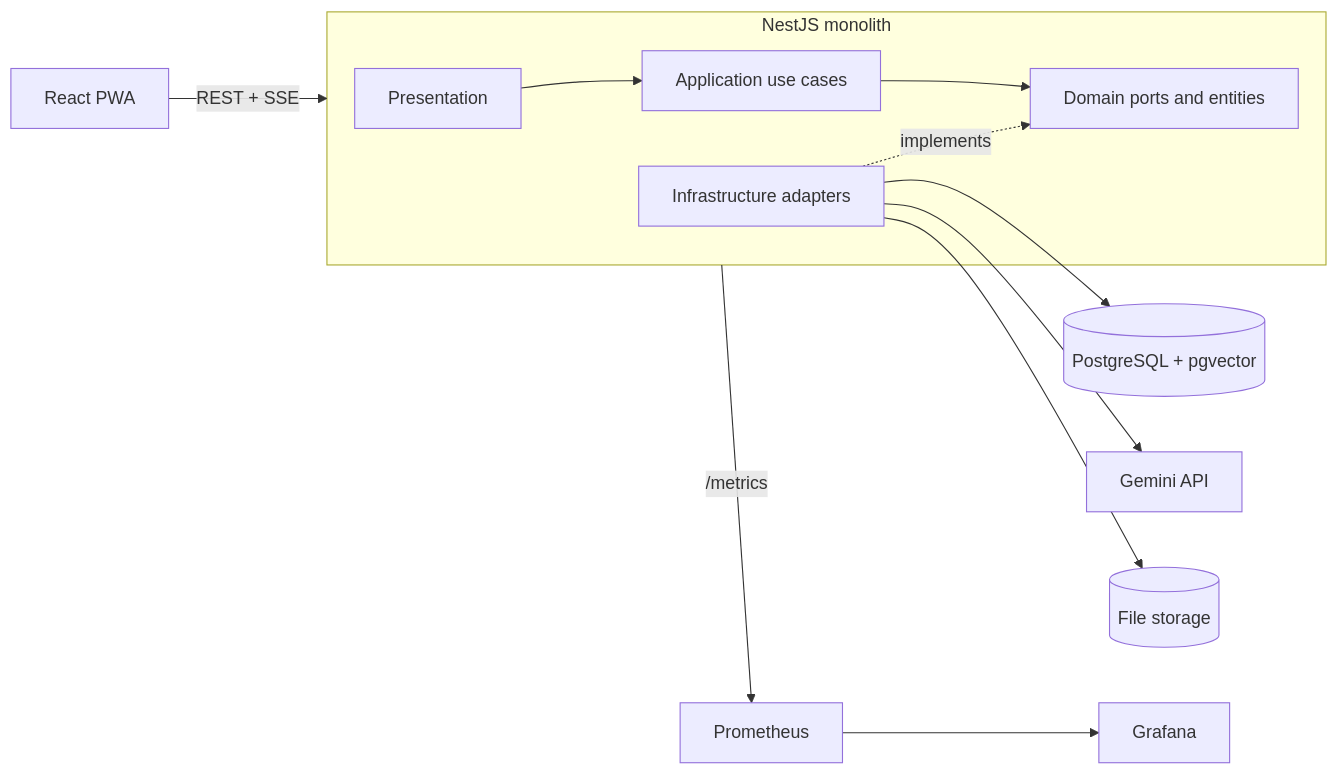
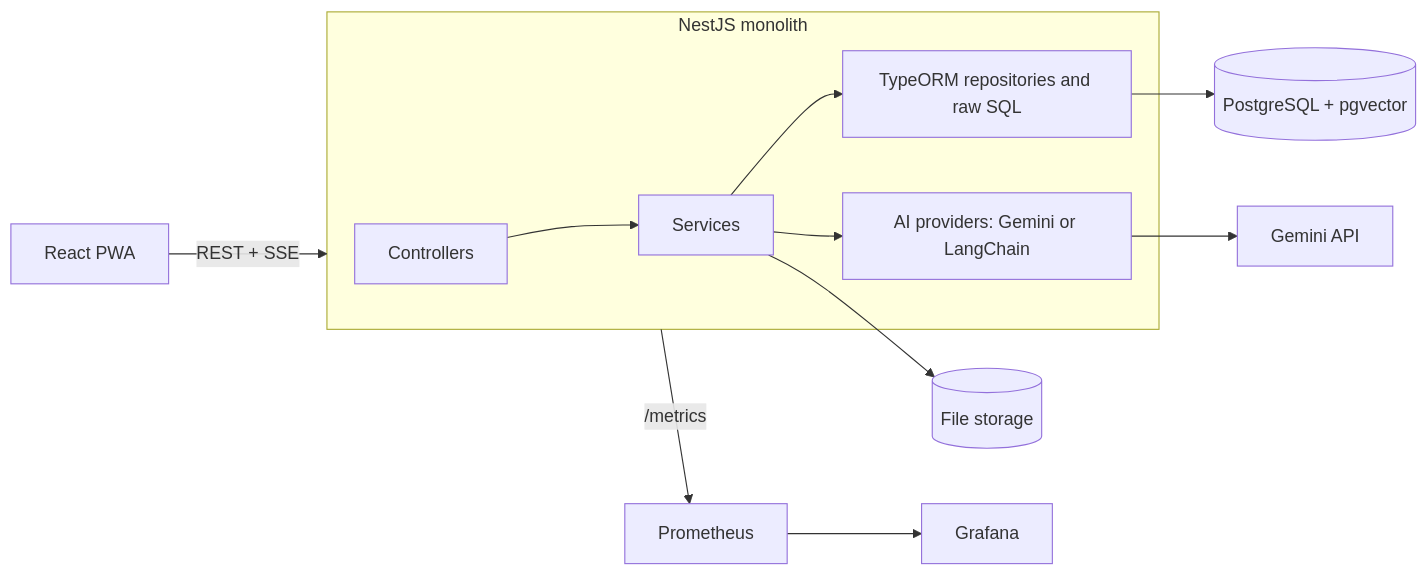
The diagram in docs/PolkaDocs-documentation-v1.md (Althaf-vt/PolkaDocs), drawn with Mermaid before and after one commit. The commit also changed other lines of this file and 1 other file, not shown here.

Commit message:
docs: revise architecture specification to layered monolith and update module list

````diff
--- a/docs/PolkaDocs-documentation-v1.md
+++ b/docs/PolkaDocs-documentation-v1.md
@@ -119,12 +119,13 @@
 ```mermaid
 flowchart LR
   FE[React PWA] -->|REST + SSE| API
   subgraph API[NestJS monolith]
-    P[Presentation] --> A[Application use cases] --> D[Domain ports and entities]
-    I[Infrastructure adapters] -.implements.-> D
+    C[Controllers] --> S[Services]
+    S --> R[TypeORM repositories and raw SQL]
+    S --> AI[AI providers: Gemini or LangChain]
   end
-  I --> PG[(PostgreSQL + pgvector)]
-  I --> G[Gemini API]
-  I --> FS[(File storage)]
+  R --> PG[(PostgreSQL + pgvector)]
+  AI --> G[Gemini API]
+  S --> FS[(File storage)]
   API -->|/metrics| PR[Prometheus] --> GR[Grafana]
 ```
````
